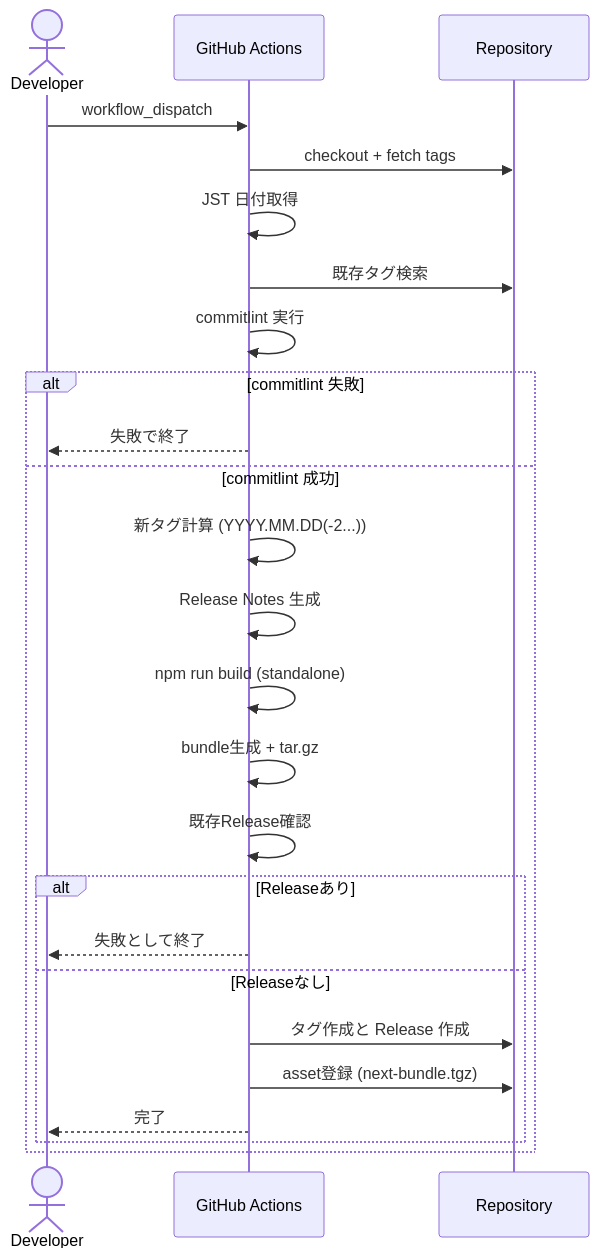
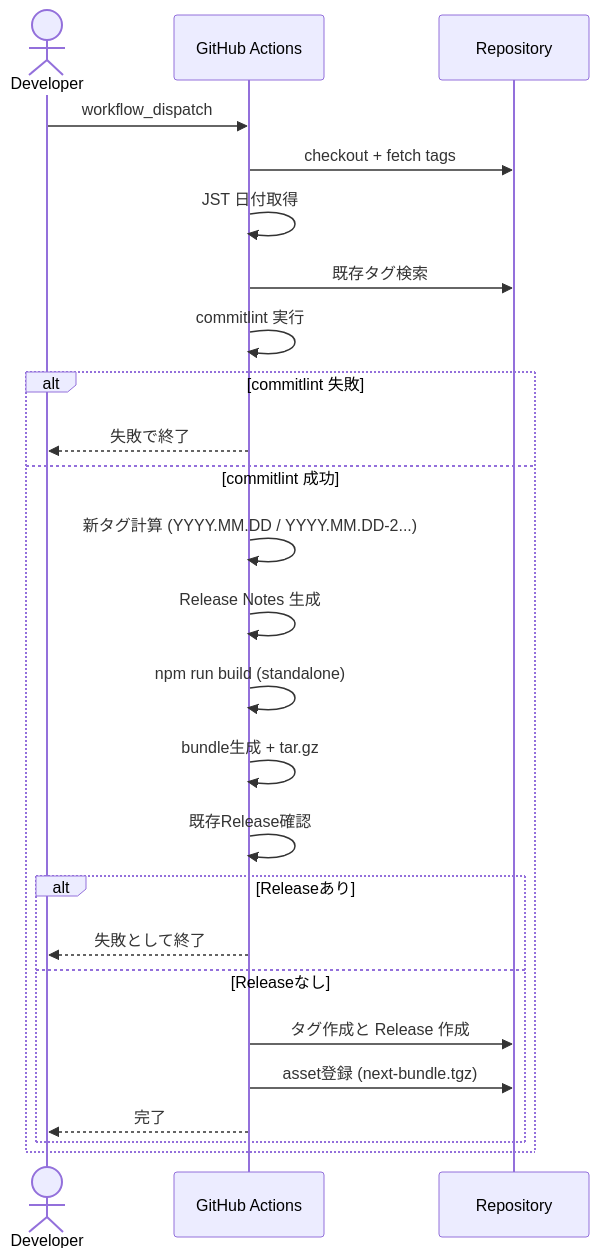
Before and after one commit to LevelCapTech/Agile-PMBOK-Assist: the first of 2 diagrams in .github/copilot/plans/47_github-release-management-implementation-plan.md, drawn with Mermaid. The commit also changed other lines of this file, not shown here.

````diff
--- a/.github/copilot/plans/47_github-release-management-implementation-plan.md
+++ b/.github/copilot/plans/47_github-release-management-implementation-plan.md
@@ -129,28 +129,28 @@
 ```mermaid
 sequenceDiagram
   actor Dev as Developer
   participant GH as GitHub Actions
   participant Repo as Repository
 
   Dev->>GH: workflow_dispatch
   GH->>Repo: checkout + fetch tags
   GH->>GH: JST 日付取得
   GH->>Repo: 既存タグ検索
   GH->>GH: commitlint 実行
   alt commitlint 失敗
     GH-->>Dev: 失敗で終了
   else commitlint 成功
-    GH->>GH: 新タグ計算 (YYYY.MM.DD(-2...))
+    GH->>GH: 新タグ計算 (YYYY.MM.DD / YYYY.MM.DD-2...)
     GH->>GH: Release Notes 生成
     GH->>GH: npm run build (standalone)
     GH->>GH: bundle生成 + tar.gz
     GH->>GH: 既存Release確認
     alt Releaseあり
       GH-->>Dev: 失敗として終了
     else Releaseなし
       GH->>Repo: タグ作成と Release 作成
       GH->>Repo: asset登録 (next-bundle.tgz)
       GH-->>Dev: 完了
     end
   end
 ```
````
